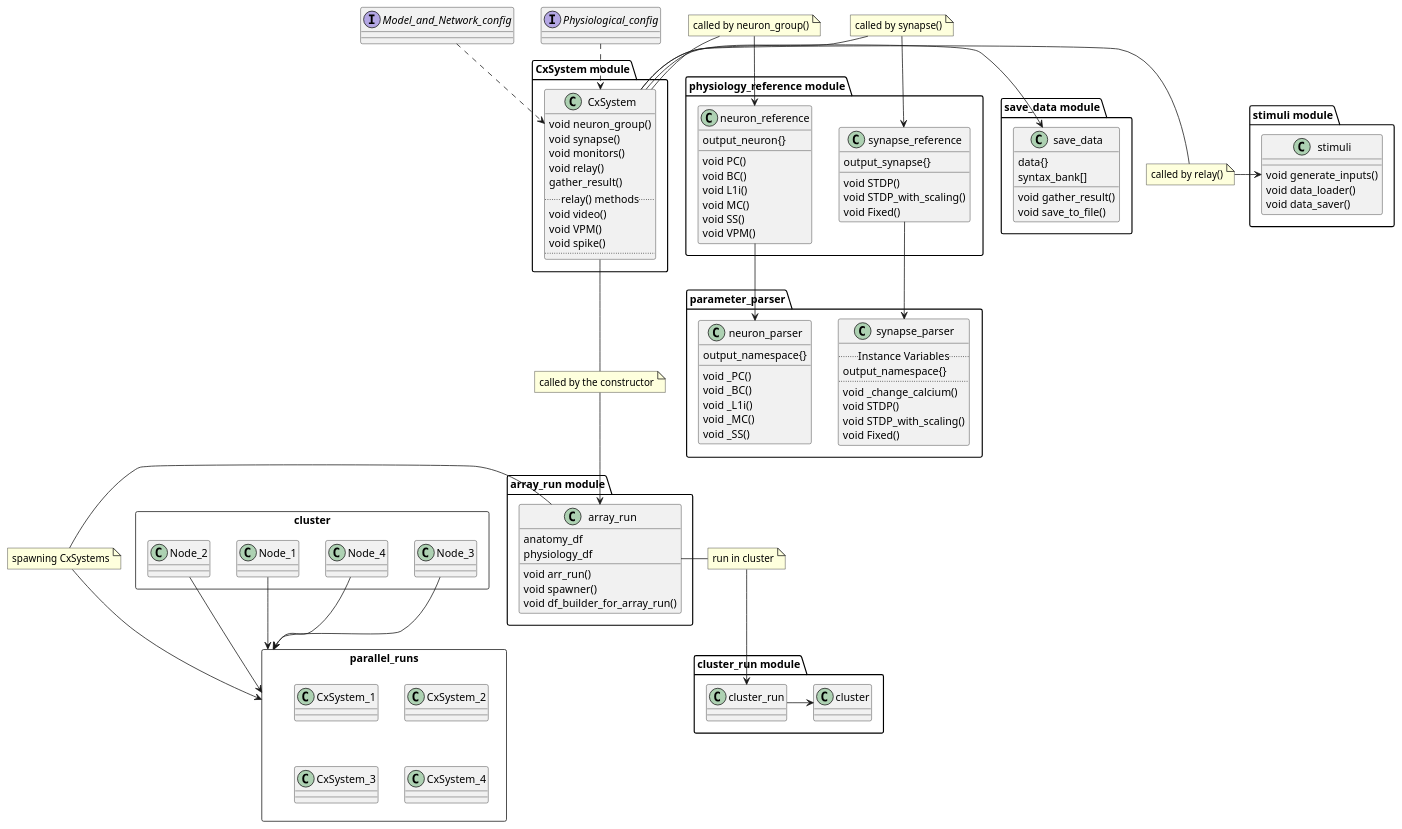
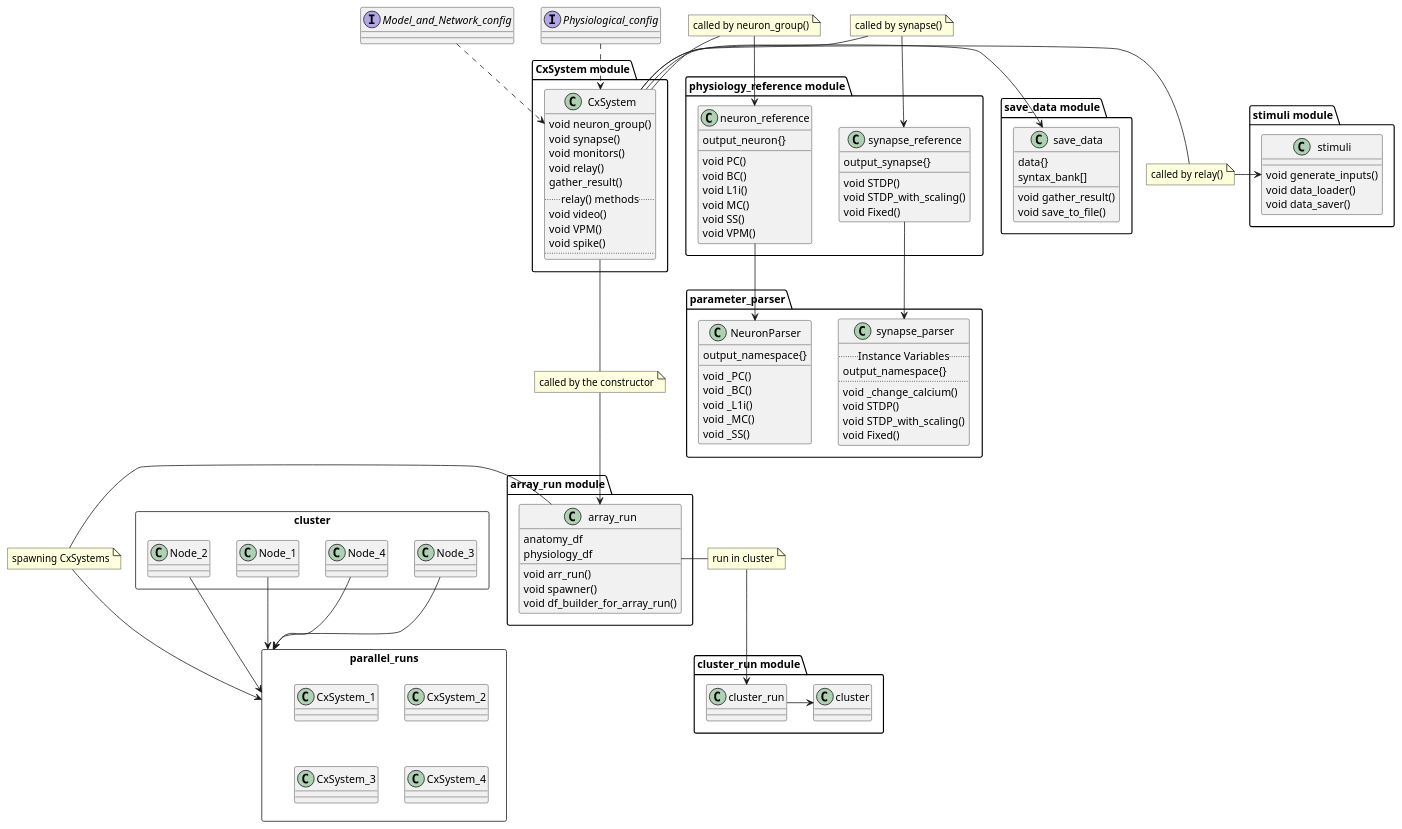
Before and after one commit to VisualNeuroscience-UH/CxSystem2: the diagram in docs/main_uml.puml, drawn with PlantUML. The commit also changed 5 other files, not shown here.

```diff
--- a/docs/main_uml.puml
+++ b/docs/main_uml.puml
@@ -1,138 +1,138 @@
 @startuml
 
 note "called by neuron_group()" as N1
 note "called by synapse()" as N2
 note "called by relay()" as N3
 note "called by the constructor" as N4
 note "spawning CxSystems" as N5
 note "run in cluster" as N6
 
 package "CxSystem module"{
 class CxSystem {
 void neuron_group()
 void synapse()
 void monitors()
 void relay()
 gather_result()
 .. relay() methods ..
 void video()
 void VPM()
 void spike()
 ..
 }
 
 }
 
 package "physiology_reference module"{
 class neuron_reference{
 output_neuron{}
 void PC()
 void BC()
 void L1i()
 void MC()
 void SS()
 void VPM()
 }
 
 class synapse_reference{
 output_synapse{}
 void STDP()
 void STDP_with_scaling()
 void Fixed()
 }
 synapse_reference <-up- N2
 N2 -- CxSystem
 neuron_reference <-up- N1
 N1 -- CxSystem
 
 }
 
 package "parameter_parser" {
 class "synapse_parser"{
 .. Instance Variables ..
 output_namespace{}
 ....
 void _change_calcium()
 void STDP()
 void STDP_with_scaling()
 void Fixed()
 }
-class "neuron_parser"{
+class "NeuronParser"{
 
 output_namespace{}
 void _PC()
 void _BC()
 void _L1i()
 void _MC()
 void _SS()
 }
-neuron_parser <-up- neuron_reference
+NeuronParser <-up- neuron_reference
 synapse_parser <-up- synapse_reference
 }
 
 package "save_data module"{
 class save_data {
 data{}
 syntax_bank[]
 void gather_result()
 void save_to_file()
 }
 CxSystem-left->save_data
 }
 package "stimuli module" {
 class stimuli {
 void generate_inputs()
 void data_loader()
 void data_saver()
 }
 CxSystem-right-N3
 N3-right->stimuli
 }
 
 
 package parallel_runs <<Rectangle>>  {
     class CxSystem_1
     class CxSystem_2
     class CxSystem_3
     class CxSystem_4
 
 
 }
 package "array_run module" {
 class array_run{
 anatomy_df
 physiology_df
 void arr_run()
 void spawner()
 void df_builder_for_array_run()
 }
 CxSystem-down-N4
 N4-down->array_run
 array_run-left-N5
 N5 -down-> parallel_runs
 }
 package "cluster_run module" {
 class cluster_run{
 }
 array_run-right-N6
 N6-down->cluster_run
 cluster_run->cluster
 }
 
 package cluster <<Rectangle>>  {
     class Node_1
     class Node_2
     class Node_3
     class Node_4
 Node_1-down->parallel_runs
 Node_2-down->parallel_runs
 Node_3-down->parallel_runs
 Node_4-down->parallel_runs
 }
 
 
 interface Model_and_Network_config
 interface Physiological_config
 Physiological_config ..> CxSystem
 Model_and_Network_config ..> CxSystem
 @enduml
```
